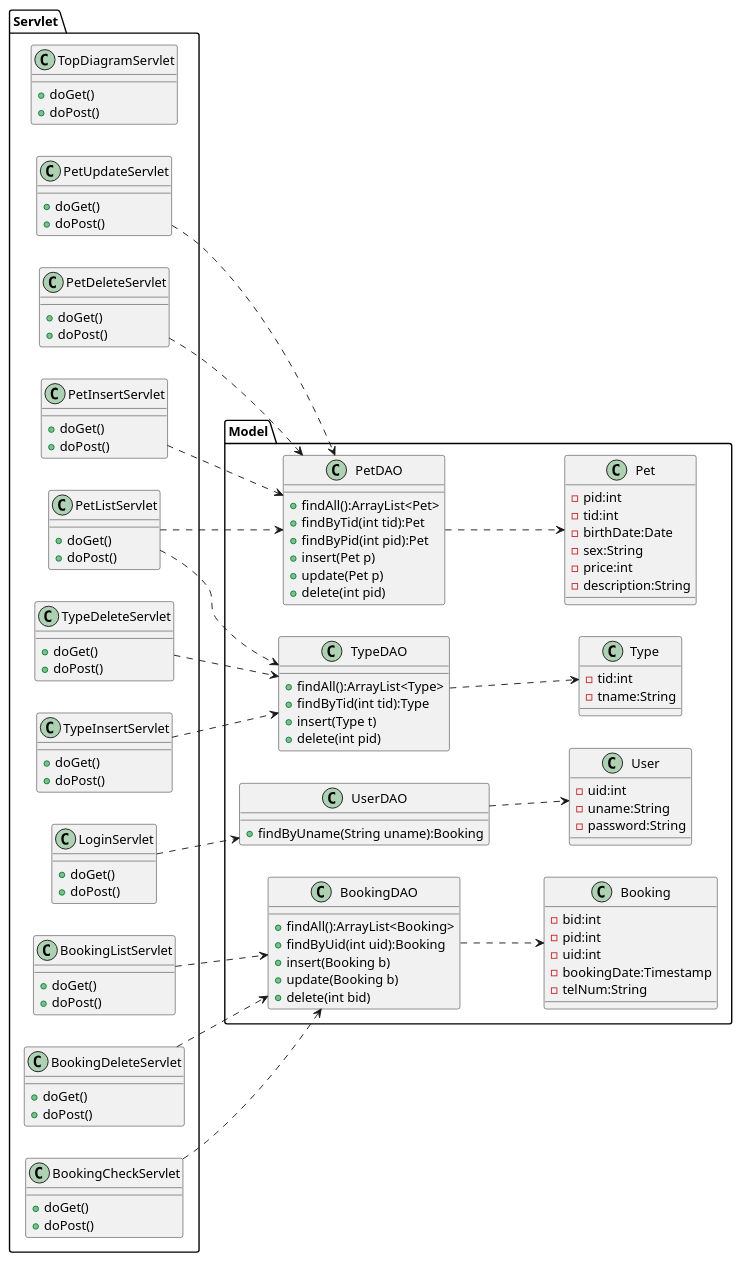
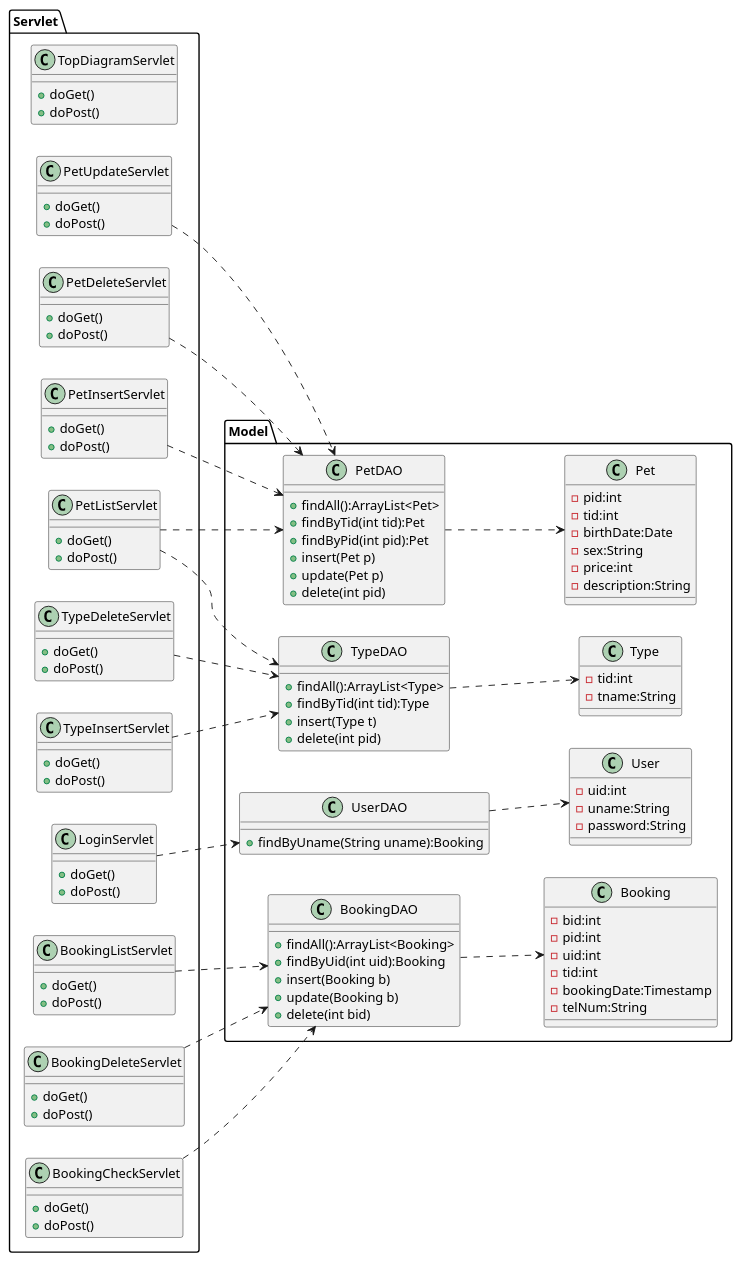
One commit to Tyamanaka07/WebSystem changed the diagram in detail.uml/class.pu. Above: the diagram before and after it, drawn with PlantUML.

```diff
--- a/detail.uml/class.pu
+++ b/detail.uml/class.pu
@@ -1,136 +1,137 @@
 @startuml
 left to right direction
 
 package Model{
 	class Pet{
 		-pid:int
 		-tid:int
 		-birthDate:Date
 		-sex:String
 		-price:int
 		-description:String
 	}
 
 	class Type{
 		-tid:int
 		-tname:String
 	}
 
 	class User{
 		-uid:int
 		-uname:String
 		-password:String
 	}
 
 	class Booking{
 		-bid:int
 		-pid:int
 		-uid:int
+		-tid:int
 		-bookingDate:Timestamp
 		-telNum:String
 	}
 
 	class PetDAO{
 		+findAll():ArrayList<Pet>
 		+findByTid(int tid):Pet
 		+findByPid(int pid):Pet
 		+insert(Pet p)
 		+update(Pet p)
 		+delete(int pid)
 	}
 
 	class TypeDAO{
 		+findAll():ArrayList<Type>
 		+findByTid(int tid):Type
 		+insert(Type t)
 		+delete(int pid)
 	}
 
 	class UserDAO{
 		+findByUname(String uname):Booking
 	}
 
 	class BookingDAO{
 		+findAll():ArrayList<Booking>
 		+findByUid(int uid):Booking
 		+insert(Booking b)
 		+update(Booking b)
 		+delete(int bid)
 	}
 }
 
 package Servlet{
 	class TopDiagramServlet{
 		+doGet()
 		+doPost()
 	}
 
 	class PetListServlet{
 		+doGet()
 		+doPost()
 	}
 
 	class LoginServlet{
 		+doGet()
 		+doPost()
 	}
 
 	class PetInsertServlet{
 		+doGet()
 		+doPost()
 	}
 
 	class PetUpdateServlet{
 		+doGet()
 		+doPost()
 	}
 
 	class PetDeleteServlet{
 		+doGet()
 		+doPost()
 	}
 
 	class TypeInsertServlet{
 		+doGet()
 		+doPost()
 	}
 
 	class TypeDeleteServlet{
 		+doGet()
 		+doPost()
 	}
 
 	class BookingCheckServlet{
 		+doGet()
 		+doPost()
 	}
 
 	class BookingListServlet{
 		+doGet()
 		+doPost()
 	}
 
 	class BookingDeleteServlet{
 		+doGet()
 		+doPost()
 	}
 }
 
 
 PetListServlet..>TypeDAO
 TypeInsertServlet..>TypeDAO
 TypeDeleteServlet..>TypeDAO
 PetListServlet..>PetDAO
 PetInsertServlet..>PetDAO
 PetUpdateServlet..>PetDAO
 PetDeleteServlet..>PetDAO
 LoginServlet..>UserDAO
 BookingCheckServlet..>BookingDAO
 BookingListServlet..>BookingDAO
 BookingDeleteServlet..>BookingDAO
 
 BookingDAO..>Booking
 PetDAO..>Pet
 TypeDAO..>Type
 UserDAO..>User
 @enduml
```
